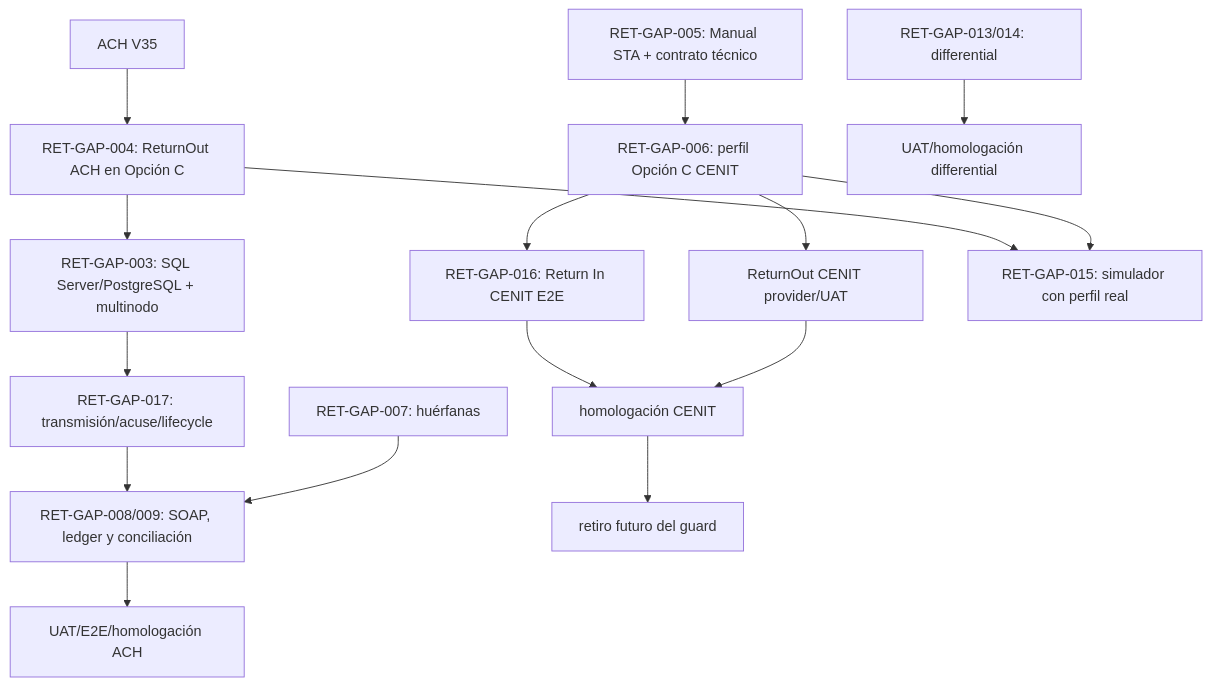
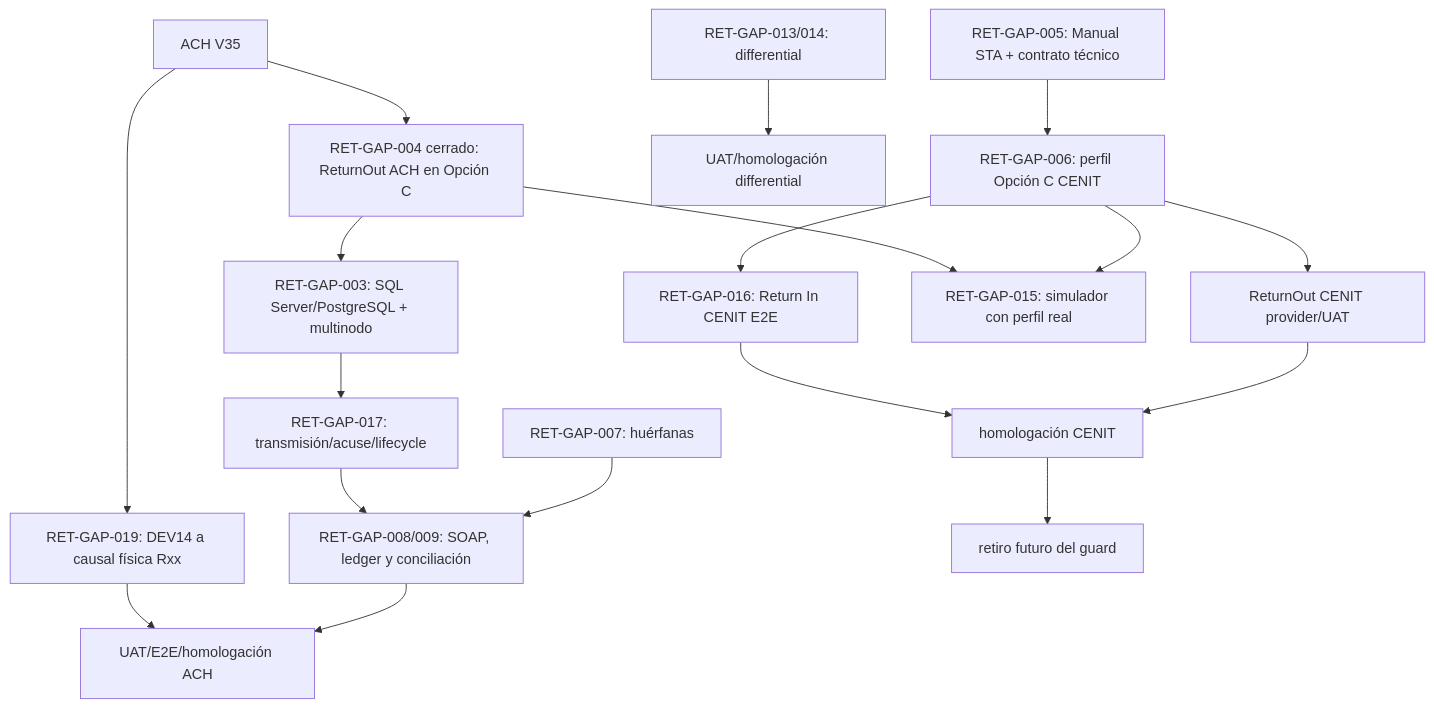
Before and after one commit to szapata85/ACHInterbank: the diagram in docs/returns/MAPA_MAESTRO_BRECHAS_DEVOLUCIONES.md, drawn with Mermaid. The commit also changed other lines of this file and 25 other files, not shown here.

````diff
--- a/docs/returns/MAPA_MAESTRO_BRECHAS_DEVOLUCIONES.md
+++ b/docs/returns/MAPA_MAESTRO_BRECHAS_DEVOLUCIONES.md
@@ -328,20 +334,22 @@
 ```mermaid
 flowchart TD
-  V35[ACH V35] --> AOP[RET-GAP-004: ReturnOut ACH en Opción C]
+  V35[ACH V35] --> AOP[RET-GAP-004 cerrado: ReturnOut ACH en Opción C]
   AOP --> APROV[RET-GAP-003: SQL Server/PostgreSQL + multinodo]
+  V35 --> ACAUSE[RET-GAP-019: DEV14 a causal física Rxx]
+  ACAUSE --> AUAT
   APROV --> AACK[RET-GAP-017: transmisión/acuse/lifecycle]
   AACK --> RECON[RET-GAP-008/009: SOAP, ledger y conciliación]
   RECON --> AUAT[UAT/E2E/homologación ACH]
 
   STA[RET-GAP-005: Manual STA + contrato técnico] --> CPROF[RET-GAP-006: perfil Opción C CENIT]
   CPROF --> CIN[RET-GAP-016: Return In CENIT E2E]
   CPROF --> COUT[ReturnOut CENIT provider/UAT]
   CIN --> CHOM[homologación CENIT]
   COUT --> CHOM
   CHOM --> UNBLOCK[retiro futuro del guard]
 
   ORPH[RET-GAP-007: huérfanas] --> RECON
   DIFF[RET-GAP-013/014: differential] --> DUAT[UAT/homologación differential]
   AOP --> SIM[RET-GAP-015: simulador con perfil real]
   CPROF --> SIM
 ```
````
